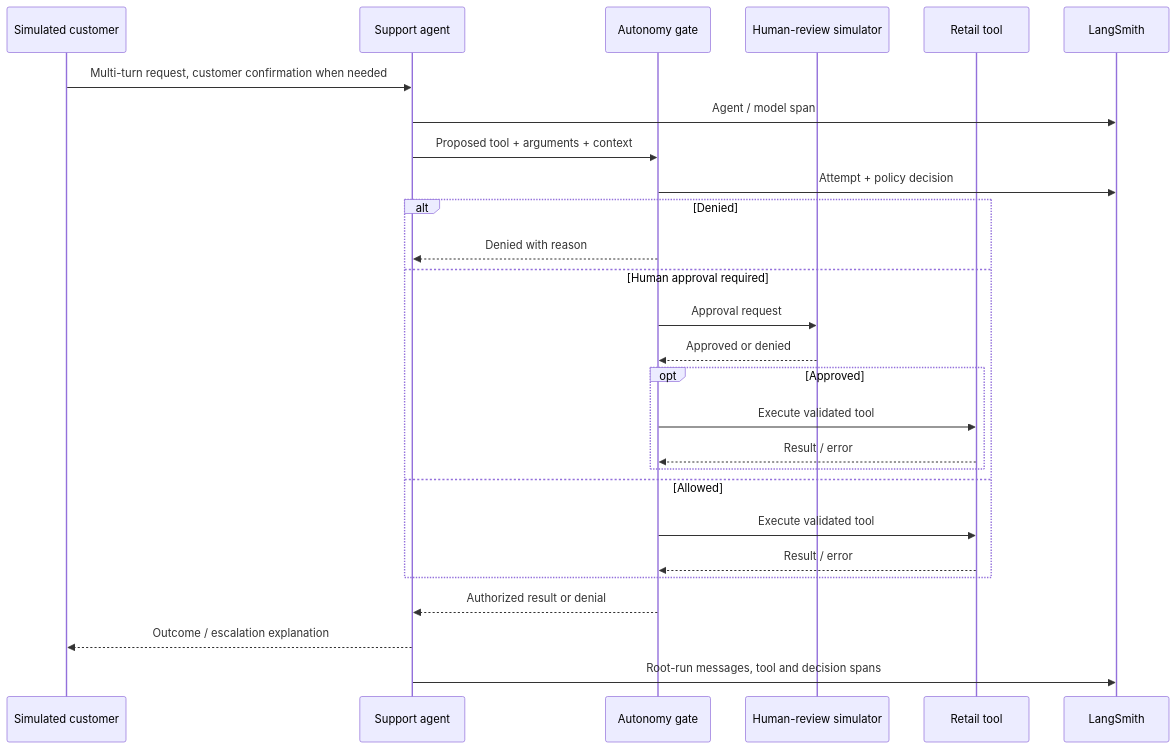
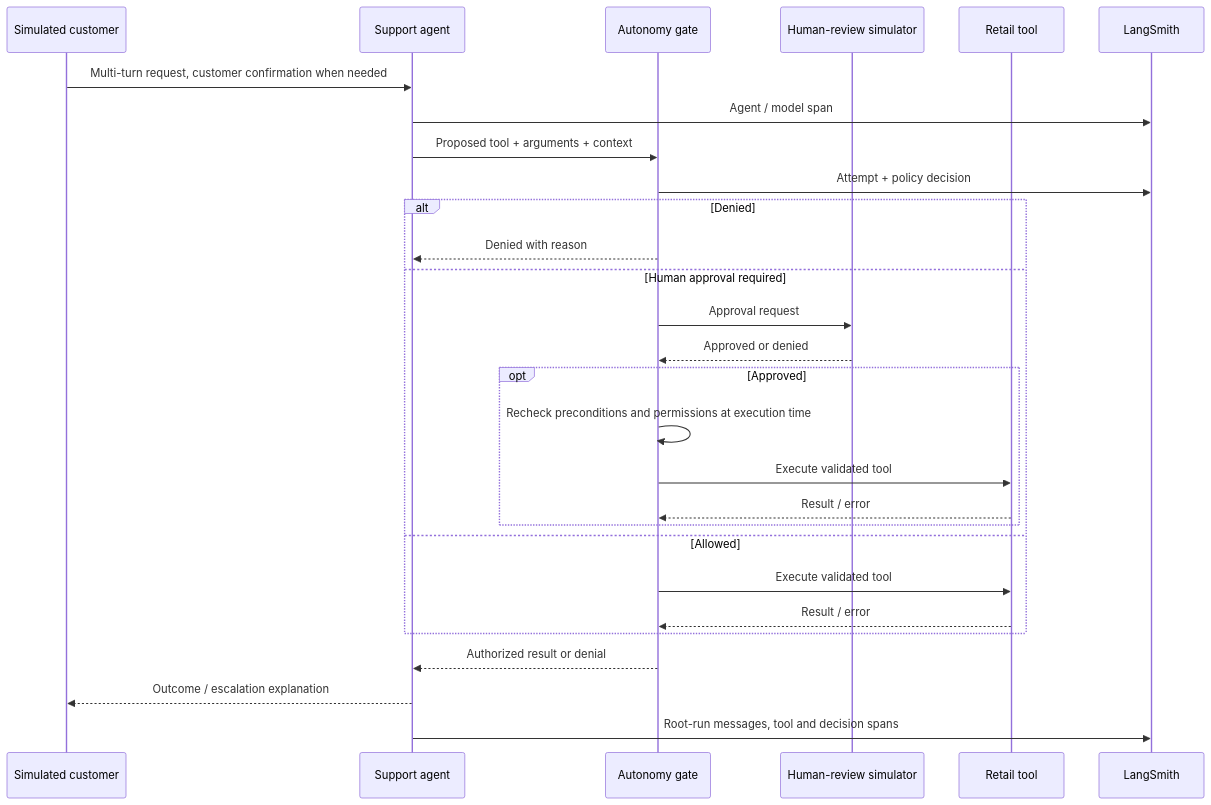
The second of 2 diagrams in docs/ARCHITECTURE.md (mwalker-tmd/PMA-agent-autonomy-lab), drawn with Mermaid before and after one commit. The commit also changed other lines of this file, not shown here.

````diff
--- a/docs/ARCHITECTURE.md
+++ b/docs/ARCHITECTURE.md
@@ -66,29 +66,30 @@
 ```mermaid
 sequenceDiagram
     participant U as Simulated customer
     participant A as Support agent
     participant G as Autonomy gate
     participant H as Human-review simulator
     participant T as Retail tool
     participant L as LangSmith
     U->>A: Multi-turn request, customer confirmation when needed
     A->>L: Agent / model span
     A->>G: Proposed tool + arguments + context
     G->>L: Attempt + policy decision
     alt Denied
       G-->>A: Denied with reason
     else Human approval required
       G->>H: Approval request
       H-->>G: Approved or denied
       opt Approved
+        G->>G: Recheck preconditions and permissions at execution time
         G->>T: Execute validated tool
         T-->>G: Result / error
       end
     else Allowed
       G->>T: Execute validated tool
       T-->>G: Result / error
     end
     G-->>A: Authorized result or denial
     A-->>U: Outcome / escalation explanation
     A->>L: Root-run messages, tool and decision spans
 ```
````
